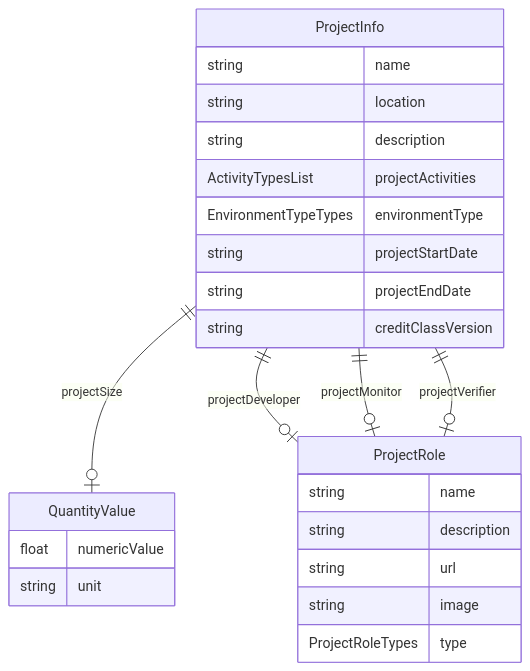
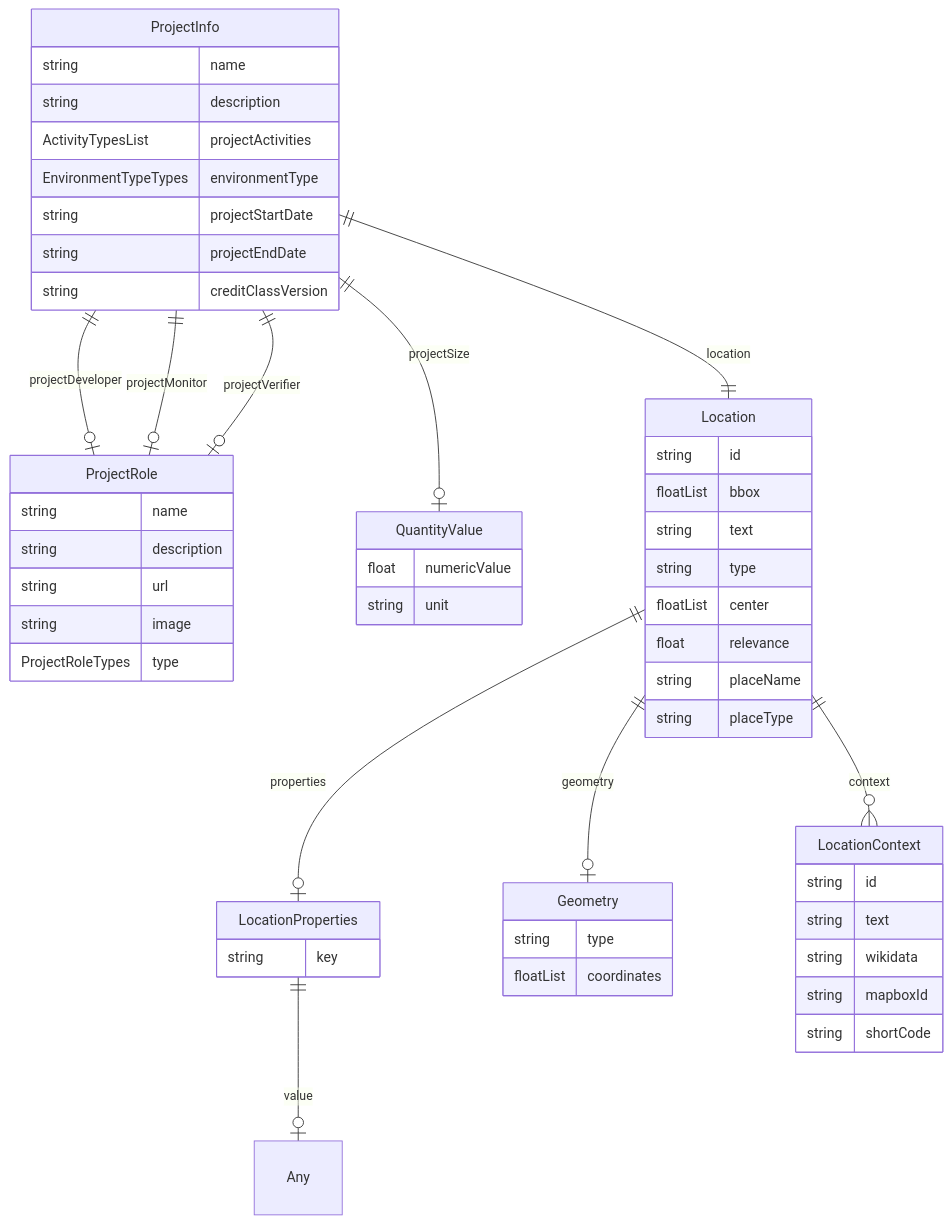
Before and after one commit to regen-network/regen-data-standards: the diagram in schema/generated/ProjectInfo.md, drawn with Mermaid. The commit also changed other lines of this file and 94 other files, not shown here.

````diff
--- a/schema/generated/ProjectInfo.md
+++ b/schema/generated/ProjectInfo.md
@@ -11,30 +11,58 @@
 ```mermaid
 erDiagram
 ProjectInfo {
     string name  
-    string location  
     string description  
     ActivityTypesList projectActivities  
     EnvironmentTypeTypes environmentType  
     string projectStartDate  
     string projectEndDate  
     string creditClassVersion  
 }
 ProjectRole {
     string name  
     string description  
     string url  
     string image  
     ProjectRoleTypes type  
 }
 QuantityValue {
     float numericValue  
     string unit  
 }
+Location {
+    string id  
+    floatList bbox  
+    string text  
+    string type  
+    floatList center  
+    float relevance  
+    string placeName  
+    string placeType  
+}
+LocationProperties {
+    string key  
+}
+Geometry {
+    string type  
+    floatList coordinates  
+}
+LocationContext {
+    string id  
+    string text  
+    string wikidata  
+    string mapboxId  
+    string shortCode  
+}
 
+ProjectInfo ||--|| Location : "location"
 ProjectInfo ||--|o QuantityValue : "projectSize"
 ProjectInfo ||--|o ProjectRole : "projectDeveloper"
 ProjectInfo ||--|o ProjectRole : "projectMonitor"
 ProjectInfo ||--|o ProjectRole : "projectVerifier"
+Location ||--}o LocationContext : "context"
+Location ||--|o Geometry : "geometry"
+Location ||--|o LocationProperties : "properties"
+LocationProperties ||--|o Any : "value"
 
 ```
````
